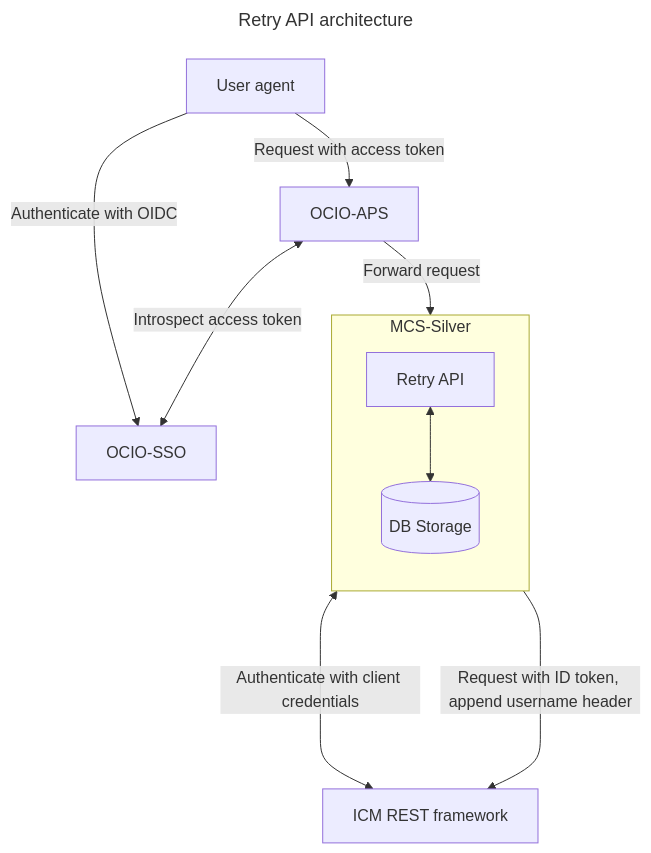
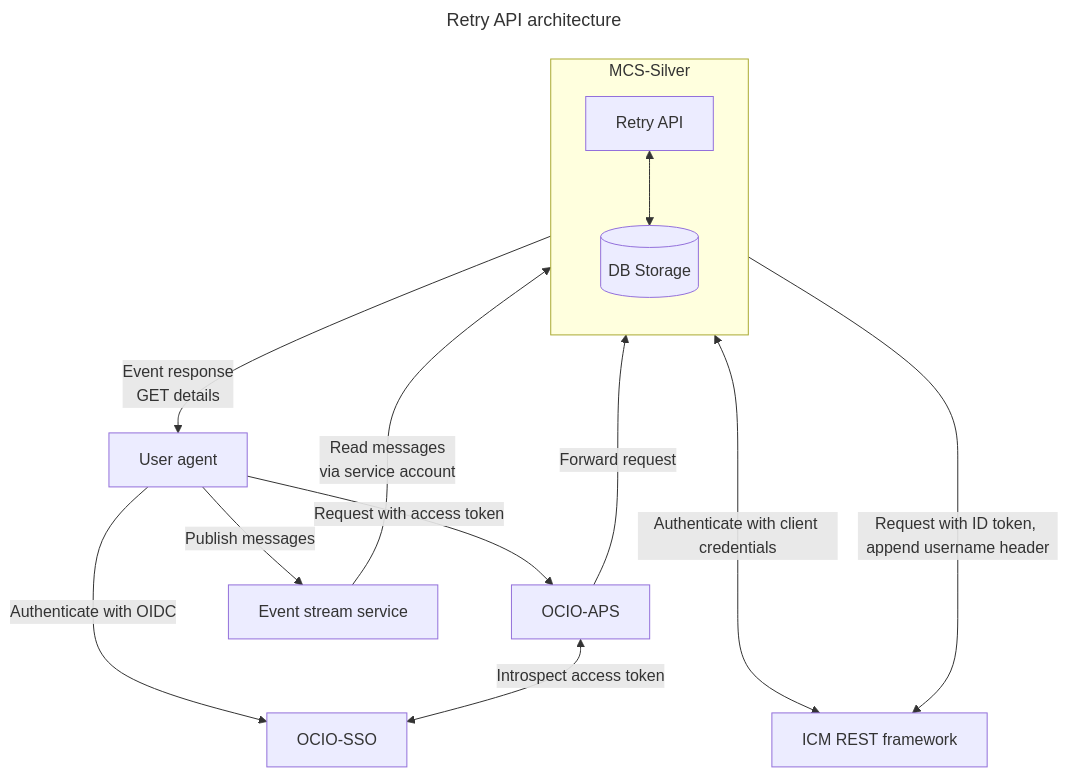
One commit to bcgov/social-sector-api-retry changed the diagram in docs/design/architecture.md. Above: the diagram before and after it, drawn with Mermaid.

Commit message:
Add event stream nodes

````diff
--- a/docs/design/architecture.md
+++ b/docs/design/architecture.md
@@ -1,26 +1,30 @@
 ```mermaid
 ---
 title: Retry API architecture
 ---
 flowchart TD
   User[User agent]
   IdBroker[OCIO-SSO]
   RevProxy[OCIO-APS]
   Retry[Retry API]
   Db[(DB Storage)]
   Icm[ICM REST framework]
+  Events[Event stream service]
 
   User --> |Authenticate with OIDC| IdBroker
   User --> |Request with access token| RevProxy
+  User --> |Publish messages| Events
+  Events --> |Read messages<br>via service account| Retry
+  Retry --> |Event response<br>GET details| User
 
   RevProxy <--> |Introspect access token| IdBroker
-  RevProxy --> |Forward request| Container
+  RevProxy --> |Forward request| Retry
 
   subgraph Container["MCS-Silver"]
     direction TB
     Retry <--> Db
   end
 
   Retry <--> |Authenticate with client credentials| Icm
   Retry ----> |Request with ID token, append username header| Icm
 ```
````
